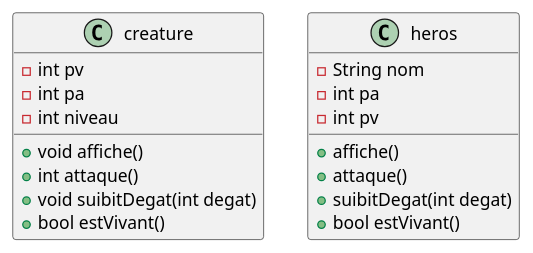
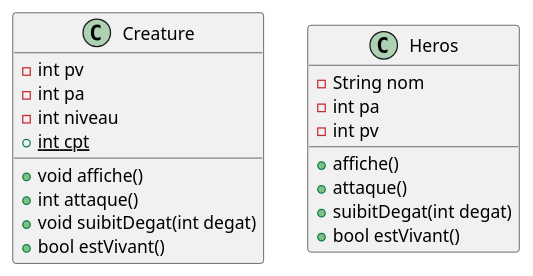
Before and after one commit to gbencheikh/POO_FISA_A3: the diagram in boucle_2/partie_3/diagram.puml, drawn with PlantUML. The commit also changed 3 other files, not shown here.

```diff
--- a/boucle_2/partie_3/diagram.puml
+++ b/boucle_2/partie_3/diagram.puml
@@ -1,22 +1,22 @@
 @startuml dragons
-class creature{
+class Creature{
     - int pv
     - int pa
     - int niveau
-     
+    + {static} int cpt
     + void affiche()
     + int attaque()
     + void suibitDegat(int degat)
     + bool estVivant()
 }
 
-class heros{
+class Heros{
     - String nom
     - int pa
     - int pv
     + affiche()
     + attaque()
     + suibitDegat(int degat)
     + bool estVivant()
 }
 @enduml
```
